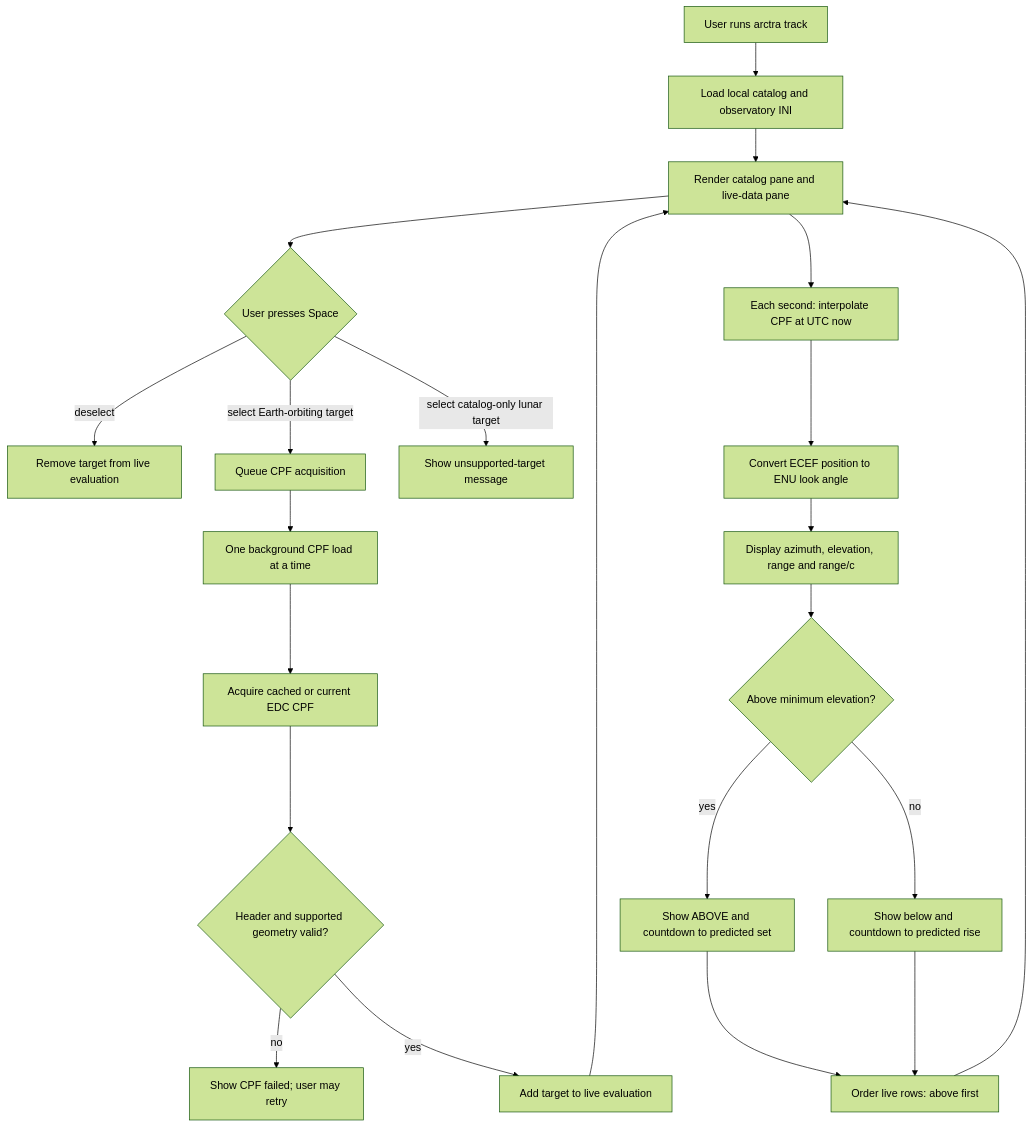
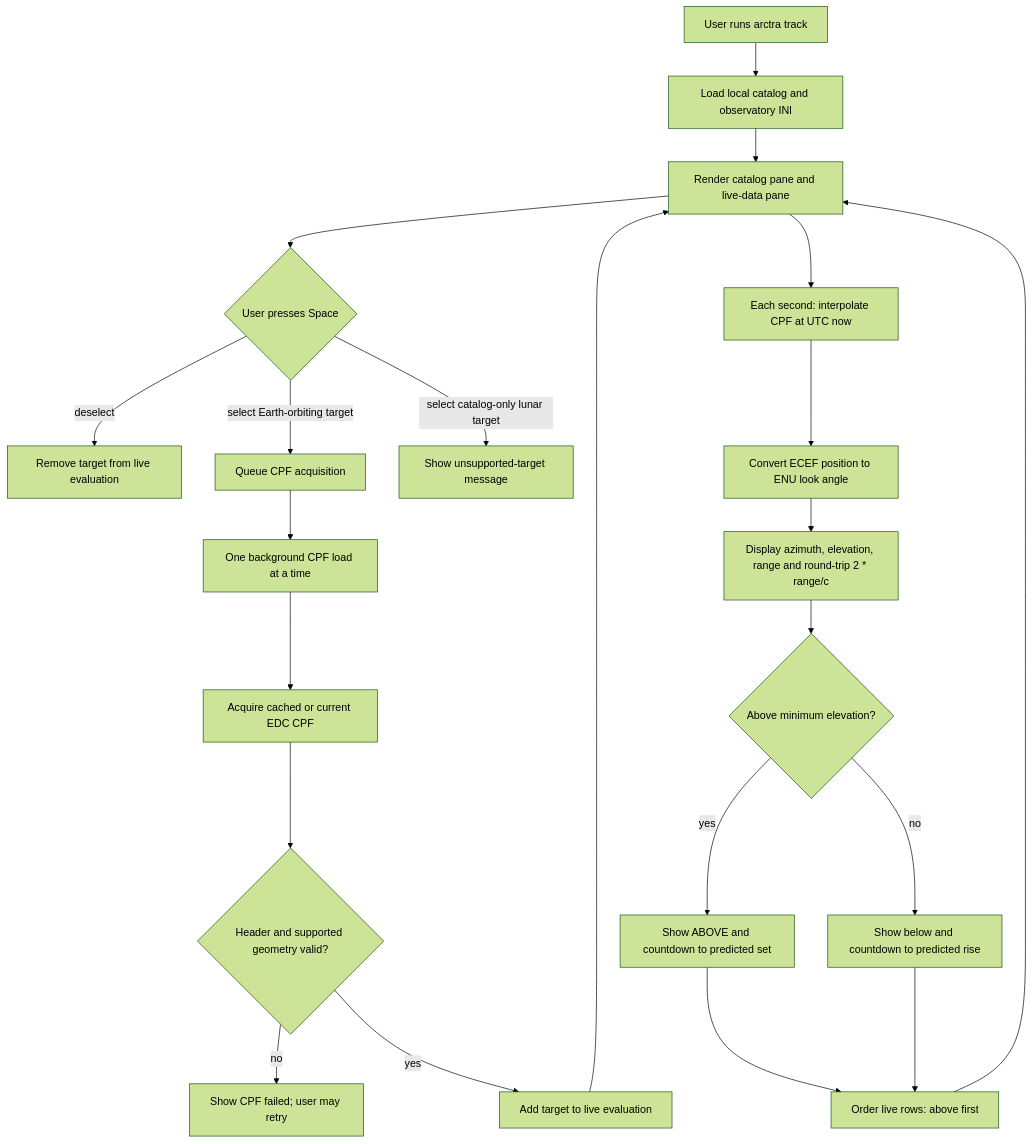
One commit to jonleithe/arctra changed the second of 2 diagrams in docs/software-flow.md. Above: the diagram before and after it, drawn with Mermaid (forest theme). The commit also changed other lines of this file and 8 other files, not shown here.

````diff
--- a/docs/software-flow.md
+++ b/docs/software-flow.md
@@ -69,26 +69,26 @@
 ```mermaid
 flowchart TD
     A[User runs arctra track] --> B[Load local catalog and observatory INI]
     B --> C[Render catalog pane and live-data pane]
     C --> D{User presses Space}
     D -- deselect --> E[Remove target from live evaluation]
     D -- select Earth-orbiting target --> F[Queue CPF acquisition]
     D -- select catalog-only lunar target --> G[Show unsupported-target message]
 
     F --> H[One background CPF load at a time]
     H --> I[Acquire cached or current EDC CPF]
     I --> J{Header and supported geometry valid?}
     J -- no --> K[Show CPF failed; user may retry]
     J -- yes --> L[Add target to live evaluation]
     L --> C
 
     C --> M[Each second: interpolate CPF at UTC now]
     M --> N[Convert ECEF position to ENU look angle]
-    N --> O[Display azimuth, elevation, range and range/c]
+    N --> O[Display azimuth, elevation, range and round-trip 2 * range/c]
     O --> P{Above minimum elevation?}
     P -- yes --> Q[Show ABOVE and countdown to predicted set]
     P -- no --> R[Show below and countdown to predicted rise]
     Q --> S[Order live rows: above first]
     R --> S
     S --> C
 ```
````
